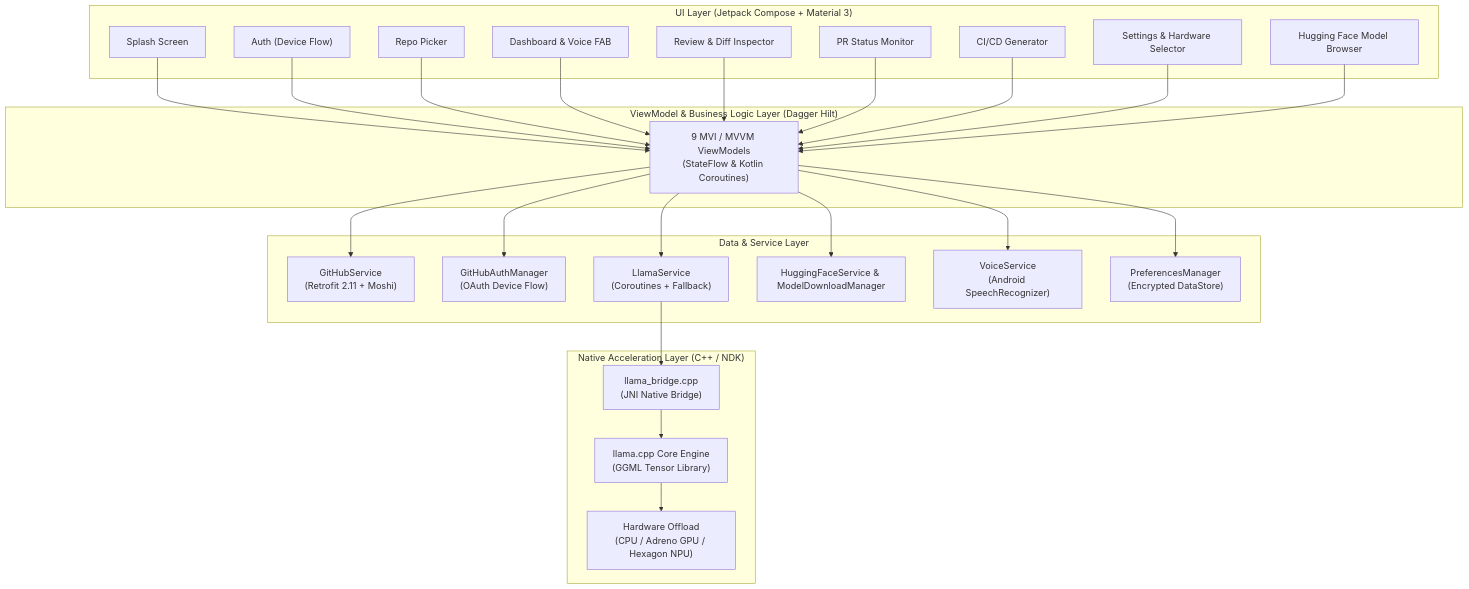
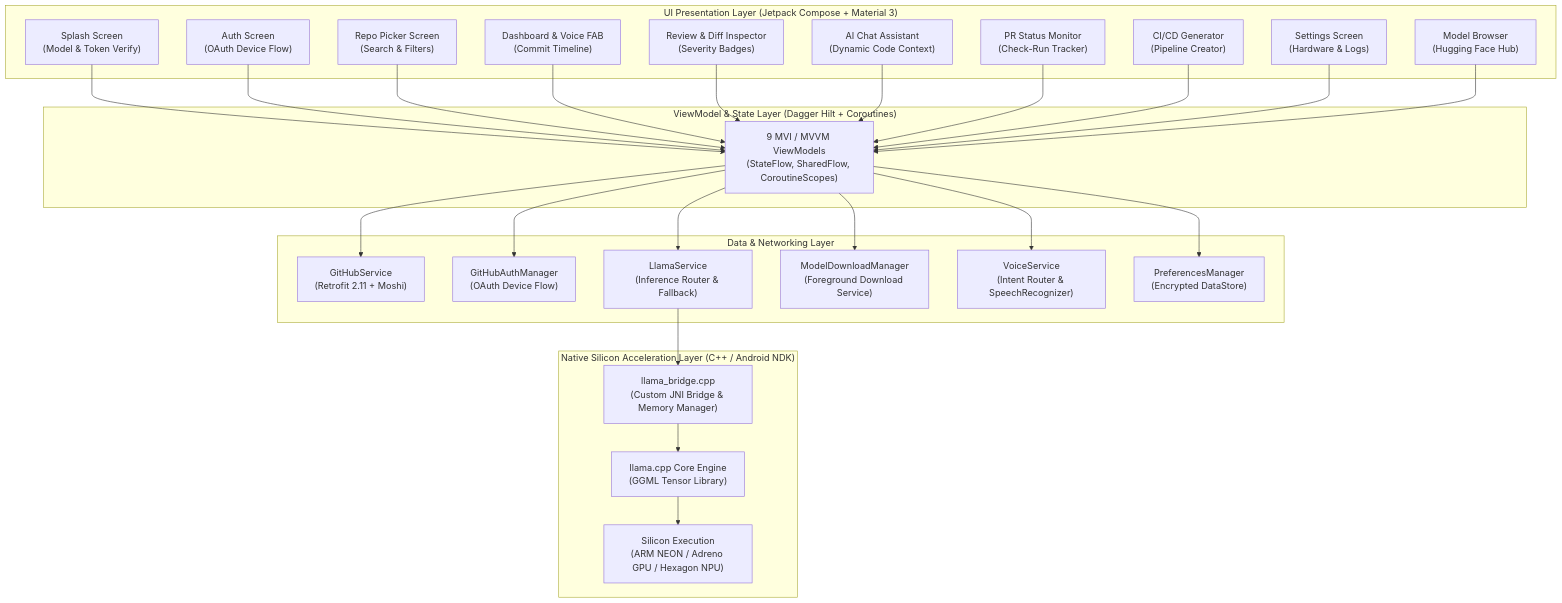
Before and after one commit to AJAYMYTH/IQOO-Hackathon-2026: the first of 2 diagrams in README.md, drawn with Mermaid. The commit also changed other lines of this file and 1 other file, not shown here.

Commit message:
docs: enrich README.md with executive overview, architecture, benchmarks, and add Replit pitch prompt

````diff
--- a/README.md
+++ b/README.md
@@ -49,39 +91,40 @@
 ```mermaid
 graph TB
-    subgraph "UI Layer (Jetpack Compose + Material 3)"
-        SPLASH["Splash Screen"]
-        AUTH["Auth (Device Flow)"]
-        REPO["Repo Picker"]
-        DASH["Dashboard & Voice FAB"]
-        REVIEW["Review & Diff Inspector"]
-        PR["PR Status Monitor"]
-        CICD["CI/CD Generator"]
-        SETTINGS["Settings & Hardware Selector"]
-        BROWSER["Hugging Face Model Browser"]
+    subgraph "UI Presentation Layer (Jetpack Compose + Material 3)"
+        SPLASH["Splash Screen<br/>(Model & Token Verify)"]
+        AUTH["Auth Screen<br/>(OAuth Device Flow)"]
+        REPO["Repo Picker Screen<br/>(Search & Filters)"]
+        DASH["Dashboard & Voice FAB<br/>(Commit Timeline)"]
+        REVIEW["Review & Diff Inspector<br/>(Severity Badges)"]
+        CHAT["AI Chat Assistant<br/>(Dynamic Code Context)"]
+        PR["PR Status Monitor<br/>(Check-Run Tracker)"]
+        CICD["CI/CD Generator<br/>(Pipeline Creator)"]
+        SETTINGS["Settings Screen<br/>(Hardware & Logs)"]
+        BROWSER["Model Browser<br/>(Hugging Face Hub)"]
     end
 
-    subgraph "ViewModel & Business Logic Layer (Dagger Hilt)"
-        VM["9 MVI / MVVM ViewModels<br/>(StateFlow & Kotlin Coroutines)"]
+    subgraph "ViewModel & State Layer (Dagger Hilt + Coroutines)"
+        VM["9 MVI / MVVM ViewModels<br/>(StateFlow, SharedFlow, CoroutineScopes)"]
     end
 
-    subgraph "Data & Service Layer"
+    subgraph "Data & Networking Layer"
         GH_SVC["GitHubService<br/>(Retrofit 2.11 + Moshi)"]
         AUTH_MGR["GitHubAuthManager<br/>(OAuth Device Flow)"]
-        LLM_SVC["LlamaService<br/>(Coroutines + Fallback)"]
-        HF_SVC["HuggingFaceService & ModelDownloadManager"]
-        VOICE_SVC["VoiceService<br/>(Android SpeechRecognizer)"]
+        LLM_SVC["LlamaService<br/>(Inference Router & Fallback)"]
+        HF_SVC["ModelDownloadManager<br/>(Foreground Download Service)"]
+        VOICE_SVC["VoiceService<br/>(Intent Router & SpeechRecognizer)"]
         PREF_MGR["PreferencesManager<br/>(Encrypted DataStore)"]
     end
 
-    subgraph "Native Acceleration Layer (C++ / NDK)"
-        JNI["llama_bridge.cpp<br/>(JNI Native Bridge)"]
+    subgraph "Native Silicon Acceleration Layer (C++ / Android NDK)"
+        JNI["llama_bridge.cpp<br/>(Custom JNI Bridge & Memory Manager)"]
         LLAMA["llama.cpp Core Engine<br/>(GGML Tensor Library)"]
-        HARDWARE["Hardware Offload<br/>(CPU / Adreno GPU / Hexagon NPU)"]
+        HARDWARE["Silicon Execution<br/>(ARM NEON / Adreno GPU / Hexagon NPU)"]
     end
 
-    SPLASH & AUTH & REPO & DASH & REVIEW & PR & CICD & SETTINGS & BROWSER --> VM
+    SPLASH & AUTH & REPO & DASH & REVIEW & CHAT & PR & CICD & SETTINGS & BROWSER --> VM
     VM --> GH_SVC & AUTH_MGR & LLM_SVC & HF_SVC & VOICE_SVC & PREF_MGR
     LLM_SVC --> JNI
     JNI --> LLAMA
     LLAMA --> HARDWARE
 ```
````
